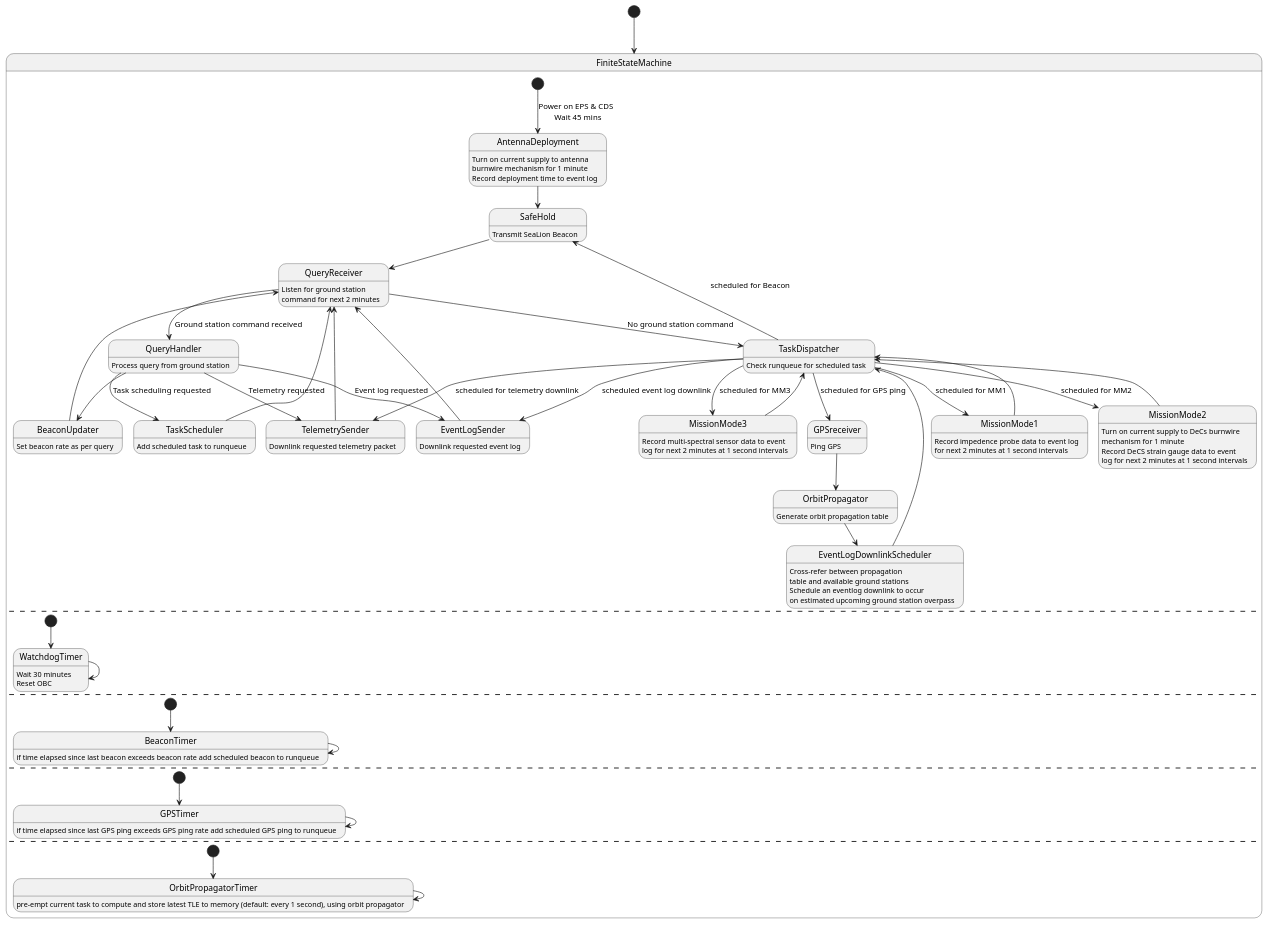
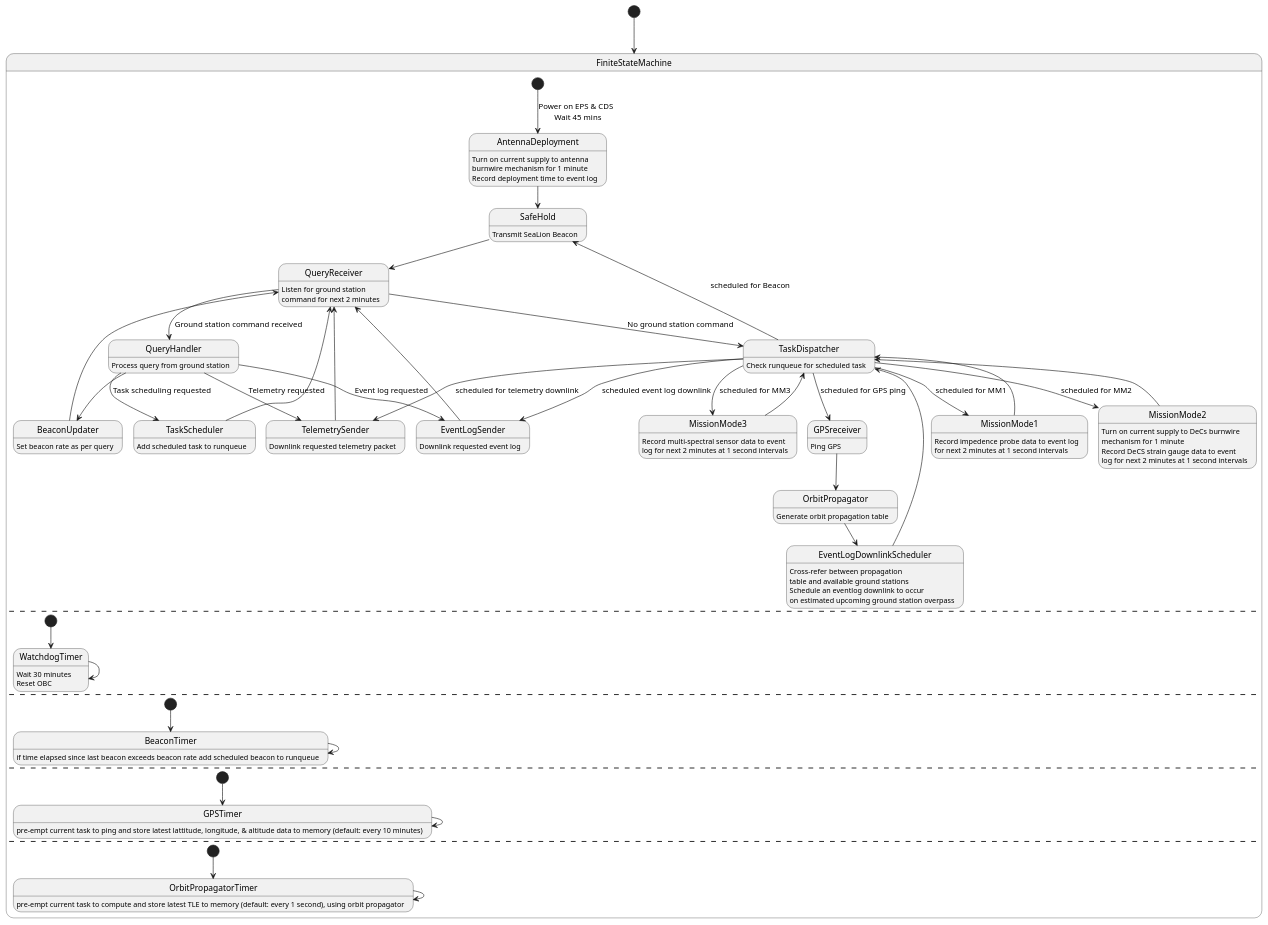
One commit to ODU-CGA-CubeSat/FSW changed the diagram in fsw-architecture/operating-mode-as-fsm.puml. Above: the diagram before and after it, drawn with PlantUML.

Commit message:
update details to GPSTimer
Add verbiage:
- pre-empt current task
- ping & store lat/lon/alt
- default ping rate: 10 minutes

```diff
--- a/fsw-architecture/operating-mode-as-fsm.puml
+++ b/fsw-architecture/operating-mode-as-fsm.puml
@@ -1,95 +1,95 @@
 @startuml
 
 [*] --> FiniteStateMachine
 state FiniteStateMachine {
       state AntennaDeployment
             AntennaDeployment : Turn on current supply to antenna
             AntennaDeployment : burnwire mechanism for 1 minute
             AntennaDeployment : Record deployment time to event log
       state SafeHold
             SafeHold : Transmit SeaLion Beacon
       state QueryReceiver
             QueryReceiver : Listen for ground station
             QueryReceiver : command for next 2 minutes
       state TelemetrySender
             TelemetrySender : Downlink requested telemetry packet
       state EventLogSender
             EventLogSender : Downlink requested event log
       state BeaconUpdater
             BeaconUpdater : Set beacon rate as per query
       state MissionMode1
             MissionMode1 : Record impedence probe data to event log
             MissionMode1 : for next 2 minutes at 1 second intervals
       state MissionMode2
             MissionMode2 : Turn on current supply to DeCs burnwire
             MissionMode2 : mechanism for 1 minute
             MissionMode2 : Record DeCS strain gauge data to event
             MissionMode2 : log for next 2 minutes at 1 second intervals
       state MissionMode3
             MissionMode3 : Record multi-spectral sensor data to event
             MissionMode3 : log for next 2 minutes at 1 second intervals
       state TaskDispatcher
             TaskDispatcher : Check runqueue for scheduled task
       state OrbitPropagator
             OrbitPropagator : Generate orbit propagation table
       state EventLogDownlinkScheduler
             EventLogDownlinkScheduler : Cross-refer between propagation
             EventLogDownlinkScheduler : table and available ground stations
             EventLogDownlinkScheduler : Schedule an eventlog downlink to occur
             EventLogDownlinkScheduler : on estimated upcoming ground station overpass
       state GPSreceiver
             GPSreceiver : Ping GPS
       state QueryHandler
             QueryHandler : Process query from ground station
       state TaskScheduler
             TaskScheduler : Add scheduled task to runqueue
 
       [*] --> AntennaDeployment : Power on EPS & CDS \n Wait 45 mins
       AntennaDeployment --> SafeHold
       SafeHold --> QueryReceiver
       QueryReceiver --> QueryHandler : Ground station command received
       QueryHandler --> TelemetrySender : Telemetry requested
       QueryHandler --> EventLogSender : Event log requested
       QueryHandler --> TaskScheduler : Task scheduling requested
       QueryHandler --> BeaconUpdater
       BeaconUpdater --> QueryReceiver
       TelemetrySender --> QueryReceiver
       EventLogSender --> QueryReceiver
       TaskScheduler --> QueryReceiver
       GPSreceiver --> OrbitPropagator
       OrbitPropagator --> EventLogDownlinkScheduler
       EventLogDownlinkScheduler --> TaskDispatcher
       QueryReceiver --> TaskDispatcher : No ground station command
       TaskDispatcher --> MissionMode1 : scheduled for MM1
       TaskDispatcher --> MissionMode2 : scheduled for MM2
       TaskDispatcher --> MissionMode3 : scheduled for MM3
       TaskDispatcher --> EventLogSender : scheduled event log downlink
       TaskDispatcher --> TelemetrySender : scheduled for telemetry downlink
       TaskDispatcher --> GPSreceiver : scheduled for GPS ping
       TaskDispatcher --> SafeHold : scheduled for Beacon
       MissionMode1 --> TaskDispatcher
       MissionMode2 --> TaskDispatcher
       MissionMode3 --> TaskDispatcher
       --
       state WatchdogTimer
             WatchdogTimer : Wait 30 minutes
             WatchdogTimer : Reset OBC
       [*] --> WatchdogTimer
       WatchdogTimer --> WatchdogTimer
       --
       state BeaconTimer
             BeaconTimer : if time elapsed since last beacon exceeds beacon rate add scheduled beacon to runqueue
       [*] --> BeaconTimer
       BeaconTimer --> BeaconTimer
       --
       state GPSTimer
-            GPSTimer : if time elapsed since last GPS ping exceeds GPS ping rate add scheduled GPS ping to runqueue
+            GPSTimer : pre-empt current task to ping and store latest lattitude, longitude, & altitude data to memory (default: every 10 minutes)
       [*] --> GPSTimer
       GPSTimer --> GPSTimer
       --
       state OrbitPropagatorTimer
             OrbitPropagatorTimer : pre-empt current task to compute and store latest TLE to memory (default: every 1 second), using orbit propagator
       [*] --> OrbitPropagatorTimer
       OrbitPropagatorTimer --> OrbitPropagatorTimer
 }
 @enduml
```
